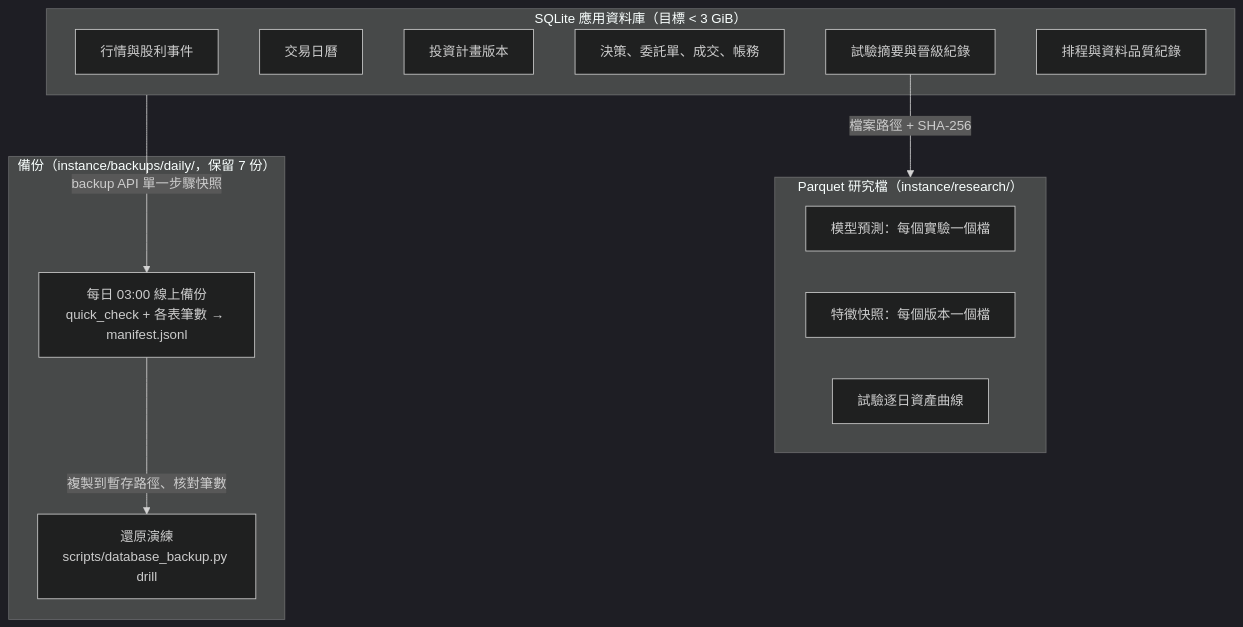
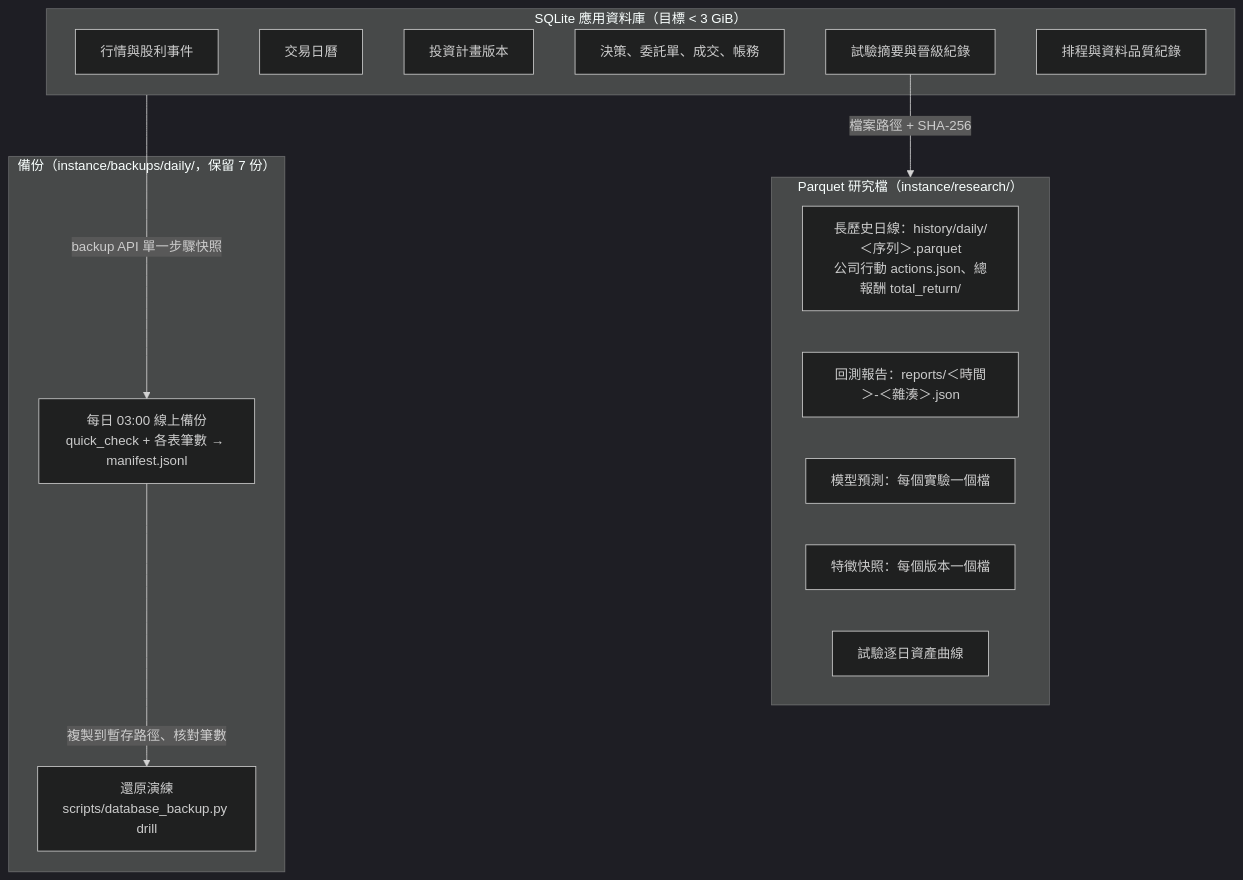
One commit to ryan73093/StockResearch changed the fifth of 6 diagrams in docs/system_architecture.md. Above: the diagram before and after it, drawn with Mermaid (dark theme). The commit also changed other lines of this file and 12 other files, not shown here.

````diff
--- a/docs/system_architecture.md
+++ b/docs/system_architecture.md
@@ -157,23 +158,25 @@
 ```mermaid
 flowchart TB
     subgraph SQLITE["SQLite 應用資料庫（目標 < 3 GiB）"]
       BARS[行情與股利事件]
       CALT[交易日曆]
       PLANS[投資計畫版本]
       DECS[決策、委託單、成交、帳務]
       TRIALS[試驗摘要與晉級紀錄]
       RUNS[排程與資料品質紀錄]
     end
     subgraph FILES["Parquet 研究檔（instance/research/）"]
+      HIST["長歷史日線：history/daily/＜序列＞.parquet<br/>公司行動 actions.json、總報酬 total_return/"]
+      REPORTS[回測報告：reports/＜時間＞-＜雜湊＞.json]
       PRED[模型預測：每個實驗一個檔]
       FEAT[特徵快照：每個版本一個檔]
       CURVE[試驗逐日資產曲線]
     end
     subgraph BACKUP["備份（instance/backups/daily/，保留 7 份）"]
       BK["每日 03:00 線上備份<br/>quick_check + 各表筆數 → manifest.jsonl"]
       DRILL["還原演練<br/>scripts/database_backup.py drill"]
     end
     TRIALS -->|檔案路徑 + SHA-256| FILES
     SQLITE -->|backup API 單一步驟快照| BK
     BK -->|複製到暫存路徑、核對筆數| DRILL
 ```
````
